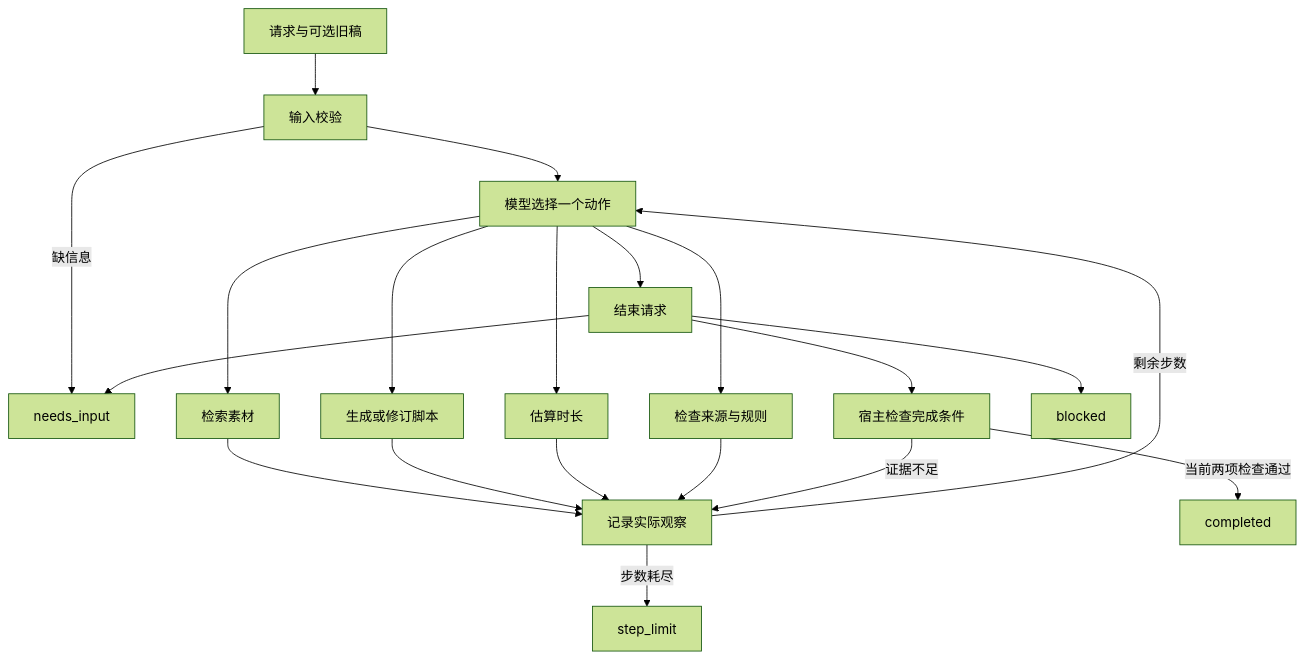
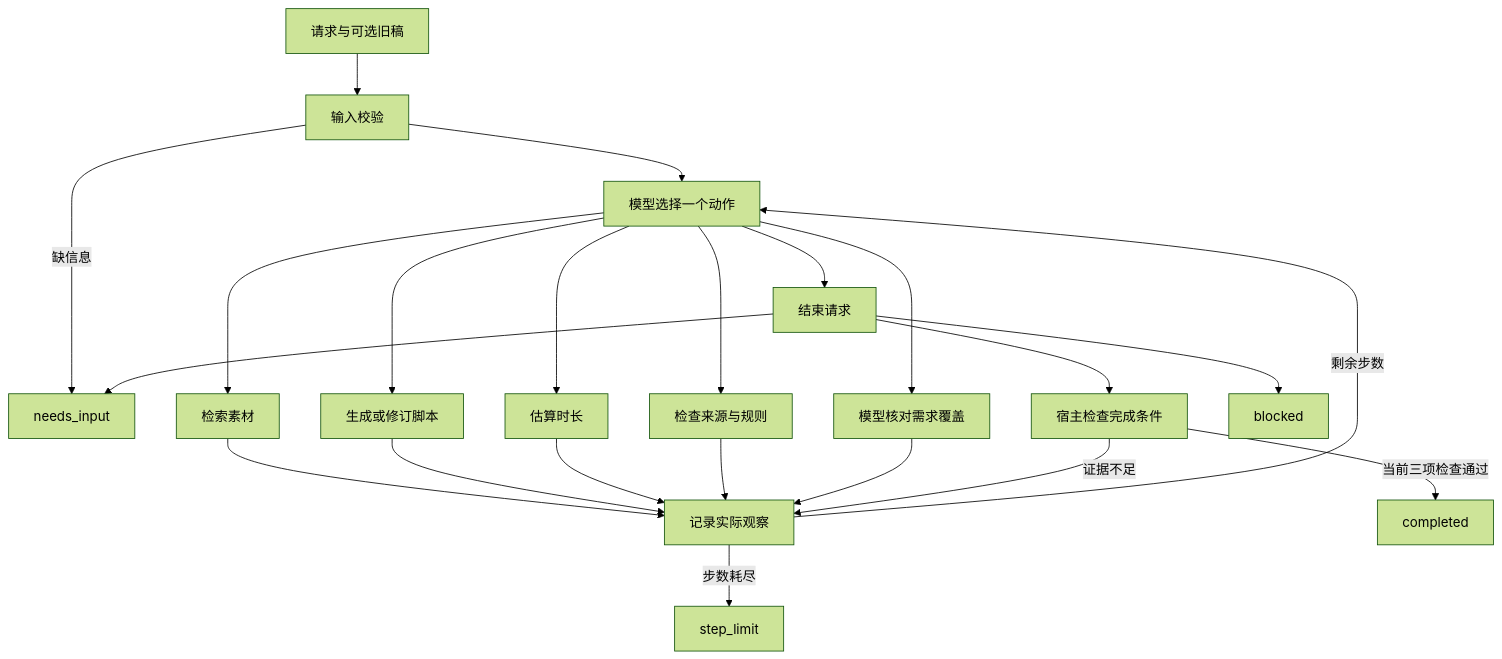
The diagram in docs/02-solution.md (ZekangLi-Zico/short-video-script-agent), drawn with Mermaid (forest theme) before and after one commit. The commit also changed other lines of this file and 13741 other files, not shown here.

````diff
--- a/docs/02-solution.md
+++ b/docs/02-solution.md
@@ -5,22 +69,24 @@
 ```mermaid
 flowchart TD
     A[请求与可选旧稿] --> B[输入校验]
     B -->|缺信息| N[needs_input]
     B --> M[模型选择一个动作]
     M --> S[检索素材]
     M --> W[生成或修订脚本]
     M --> T[估算时长]
     M --> R[检查来源与规则]
+    M --> Q[模型核对需求覆盖]
     S --> O[记录实际观察]
     W --> O
     T --> O
     R --> O
+    Q --> O
     O -->|剩余步数| M
     O -->|步数耗尽| L[step_limit]
     M --> F[结束请求]
     F --> G[宿主检查完成条件]
-    G -->|当前两项检查通过| C[completed]
+    G -->|当前三项检查通过| C[completed]
     G -->|证据不足| O
     F --> N
     F --> X[blocked]
 ```
````
